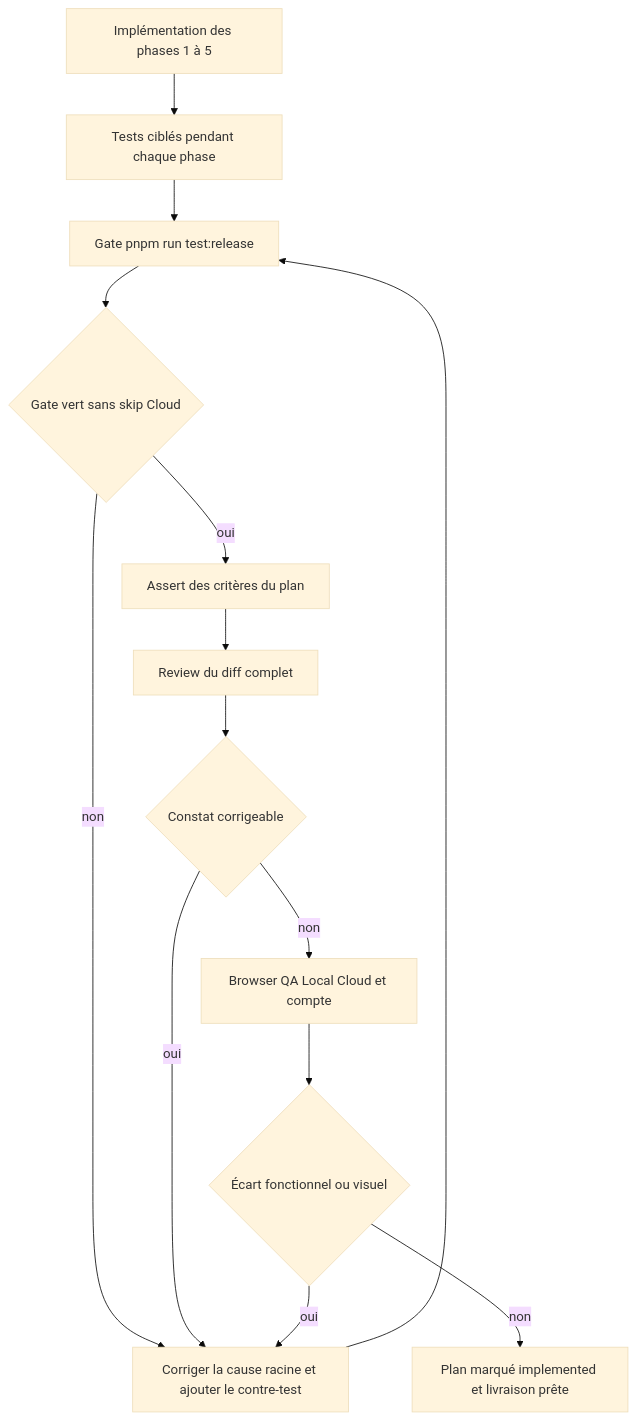
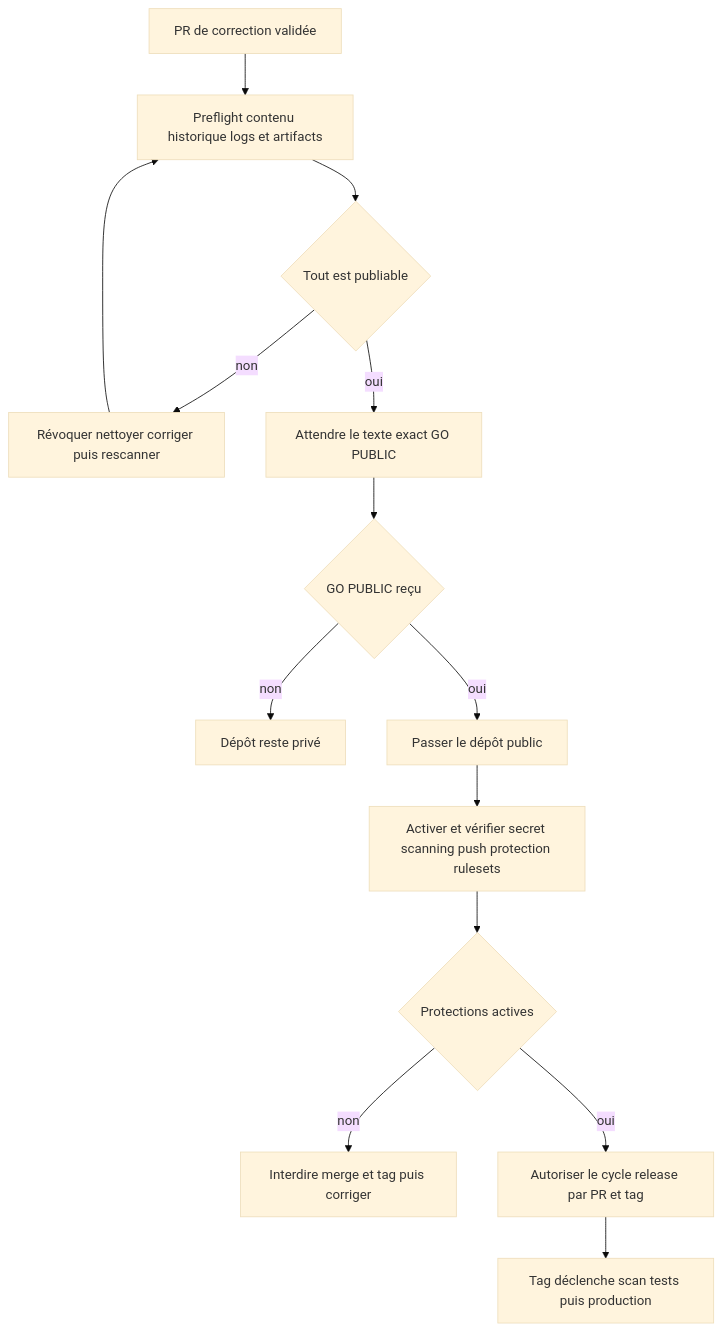
Before and after one commit to neogenz/screenforge: the first of 2 diagrams in aidd_docs/tasks/2026_08/2026_08_15_local-cloud-plans/phase-6.md, drawn with Mermaid (base theme). The commit also changed other lines of this file and 60 other files, not shown here.

Commit message:
feat: make Local free and Cloud-only

````diff
--- a/aidd_docs/tasks/2026_08/2026_08_15_local-cloud-plans/phase-6.md
+++ b/aidd_docs/tasks/2026_08/2026_08_15_local-cloud-plans/phase-6.md
@@ -28,16 +32,16 @@
 ```mermaid
 flowchart TD
-  A[Implémentation des phases 1 à 5] --> B[Tests ciblés pendant chaque phase]
-  B --> C[Gate pnpm run test:release]
-  C --> D{Gate vert sans skip Cloud}
-  D -->|non| E[Corriger la cause racine et ajouter le contre-test]
-  E --> C
-  D -->|oui| F[Assert des critères du plan]
-  F --> G[Review du diff complet]
-  G --> H{Constat corrigeable}
-  H -->|oui| E
-  H -->|non| I[Browser QA Local Cloud et compte]
-  I --> J{Écart fonctionnel ou visuel}
-  J -->|oui| E
-  J -->|non| K[Plan marqué implemented et livraison prête]
+  A[PR de correction validée] --> B[Preflight contenu historique logs et artifacts]
+  B --> C{Tout est publiable}
+  C -->|non| D[Révoquer nettoyer corriger puis rescanner]
+  D --> B
+  C -->|oui| E[Attendre le texte exact GO PUBLIC]
+  E --> F{GO PUBLIC reçu}
+  F -->|non| G[Dépôt reste privé]
+  F -->|oui| H[Passer le dépôt public]
+  H --> I[Activer et vérifier secret scanning push protection rulesets]
+  I --> J{Protections actives}
+  J -->|non| K[Interdire merge et tag puis corriger]
+  J -->|oui| L[Autoriser le cycle release par PR et tag]
+  L --> M[Tag déclenche scan tests puis production]
 ```
````
